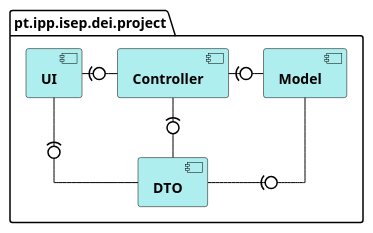
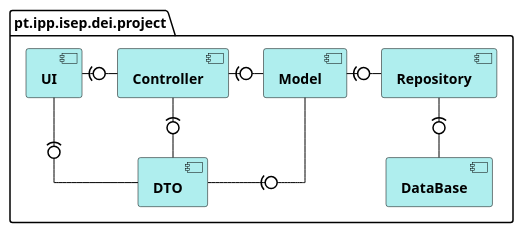
The diagram in src/Docs/Architecture.puml (1181687/hateoasToy), drawn with PlantUML before and after one commit. The commit also changed 1 other file, not shown here.

Commit message:
changes in Architecture.puml to add Repository and DataBase

```diff
--- a/src/Docs/Architecture.puml
+++ b/src/Docs/Architecture.puml
@@ -1,21 +1,23 @@
 @startuml
 skinparam linetype ortho
 
 skinparam component {
 	BackgroundColor PaleTurquoise
 	ArrowColor Black
 	BorderColor Black
 	FontStyle Bold
 }
 
 hide circle
 
 package "pt.ipp.isep.dei.project" {
 [UI] -right(0- [Controller]
 [UI] -down(0- [DTO]
 [Controller] -right(0- [Model]
+[Model] -right(0- [Repository]
+[Repository] -down(0- [DataBase]
 [Controller] -(0- [DTO]
 [DTO] -up(0- [Model]
 }
 
 @enduml
```
